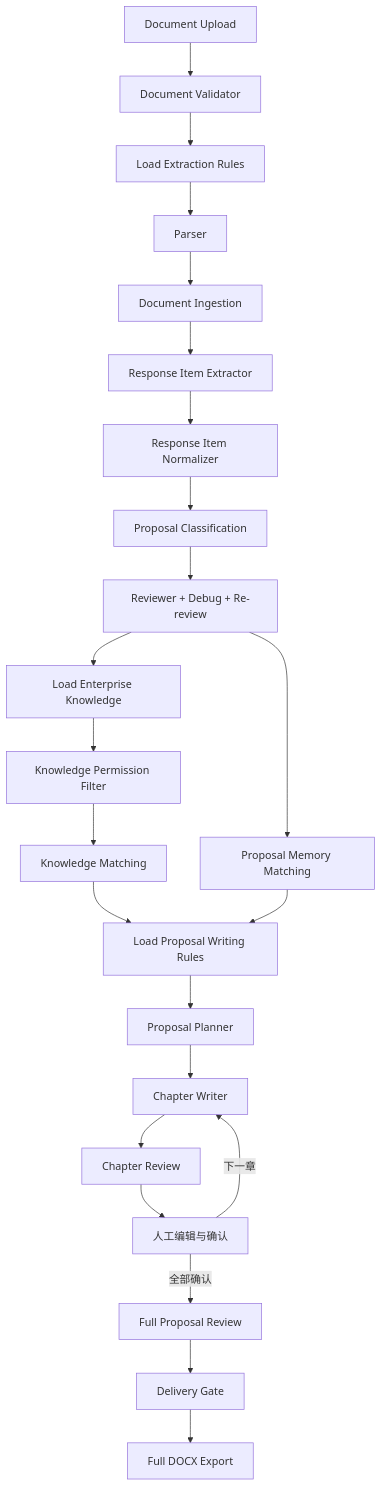
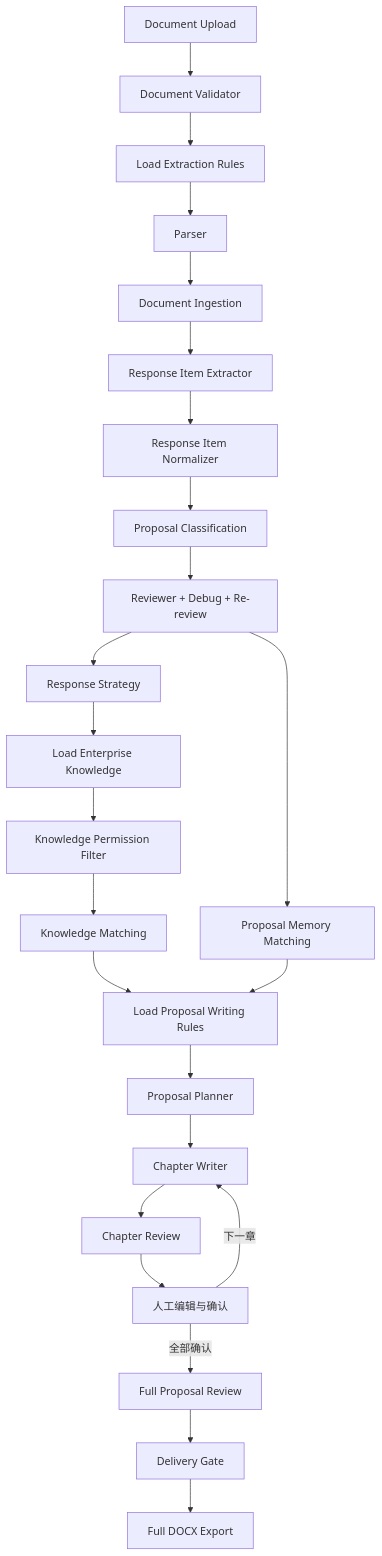
The second of 2 diagrams in docs/ARCHITECTURE.md (angela19990616-alt/bid-agent), drawn with Mermaid before and after one commit. The commit also changed other lines of this file and 23 other files, not shown here.

First line of the commit message:
feat: add requirement response strategy layer

````diff
--- a/docs/ARCHITECTURE.md
+++ b/docs/ARCHITECTURE.md
@@ -24,25 +24,26 @@
 ```mermaid
 flowchart TD
     A["Document Upload"] --> B["Document Validator"]
     B --> C["Load Extraction Rules"]
     C --> D["Parser"]
     D --> DI["Document Ingestion"]
     DI --> E["Response Item Extractor"]
     E --> EN["Response Item Normalizer"]
     EN --> F["Proposal Classification"]
     F --> FR["Reviewer + Debug + Re-review"]
-    FR --> G["Load Enterprise Knowledge"]
+    FR --> RS["Response Strategy"]
+    RS --> G["Load Enterprise Knowledge"]
     G --> GP["Knowledge Permission Filter"]
     GP --> H["Knowledge Matching"]
     FR --> PM["Proposal Memory Matching"]
     H --> I["Load Proposal Writing Rules"]
     PM --> I
     I --> J["Proposal Planner"]
     J --> K["Chapter Writer"]
     K --> L["Chapter Review"]
     L --> M["人工编辑与确认"]
     M -->|下一章| K
     M -->|全部确认| PR["Full Proposal Review"]
     PR --> DG["Delivery Gate"]
     DG --> N["Full DOCX Export"]
 ```
````
